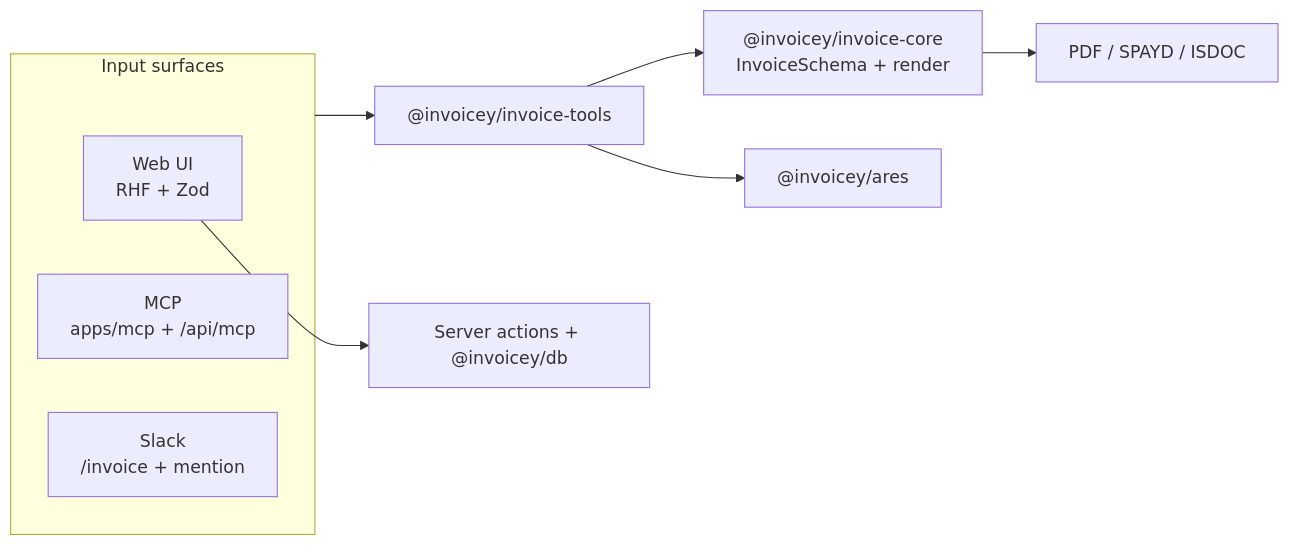
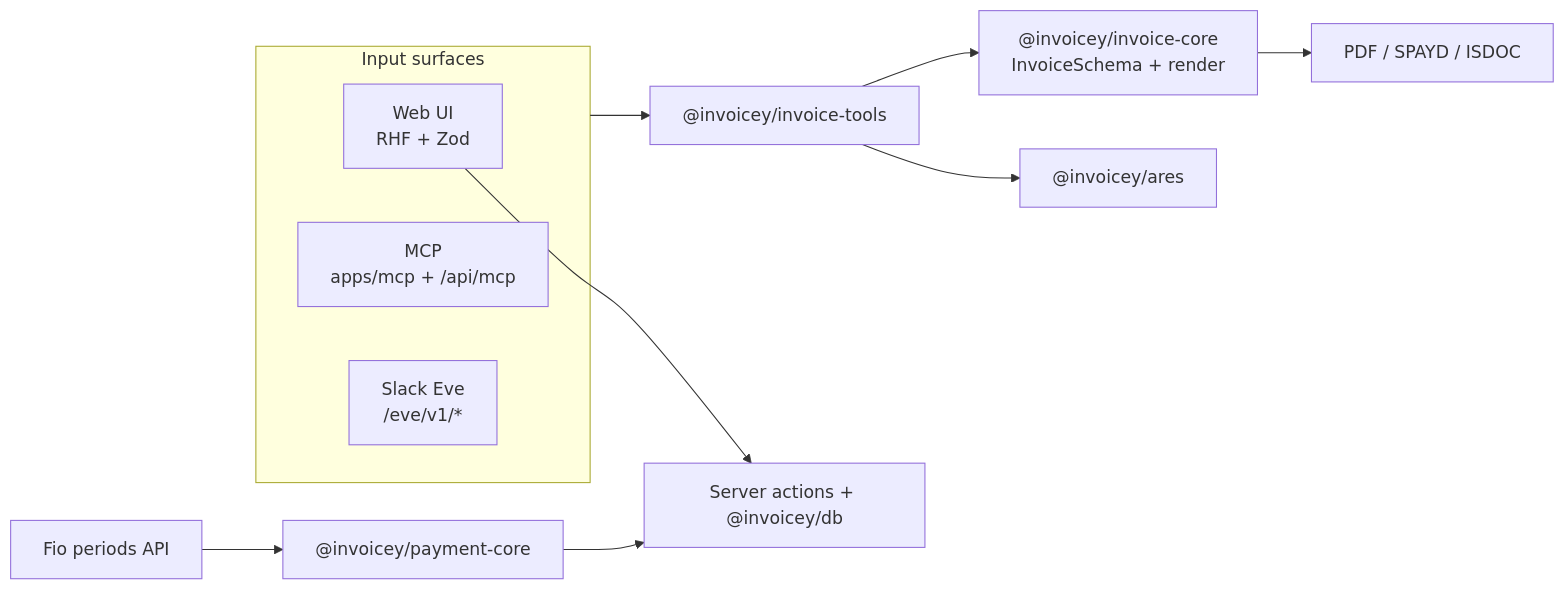
Before and after one commit to filipditrich/inveoiceyai: the first of 2 diagrams in README.md, drawn with Mermaid. The commit also changed other lines of this file and 30 other files, not shown here.

````diff
--- a/README.md
+++ b/README.md
@@ -76,14 +64,16 @@
 ```mermaid
 flowchart LR
     subgraph Surfaces [Input surfaces]
         UI["Web UI<br/>RHF + Zod"]
         MCP["MCP<br/>apps/mcp + /api/mcp"]
-        Slack["Slack<br/>/invoice + mention"]
+        Slack["Slack Eve<br/>/eve/v1/*"]
     end
 
     Surfaces --> Tools["@invoicey/invoice-tools"]
     Tools --> Core["@invoicey/invoice-core<br/>InvoiceSchema + render"]
     Tools --> Ares["@invoicey/ares"]
     UI --> SA["Server actions + @invoicey/db"]
+    Fio["Fio periods API"] --> Pay["@invoicey/payment-core"]
+    Pay --> SA
     Core --> PDF["PDF / SPAYD / ISDOC"]
 ```
````
